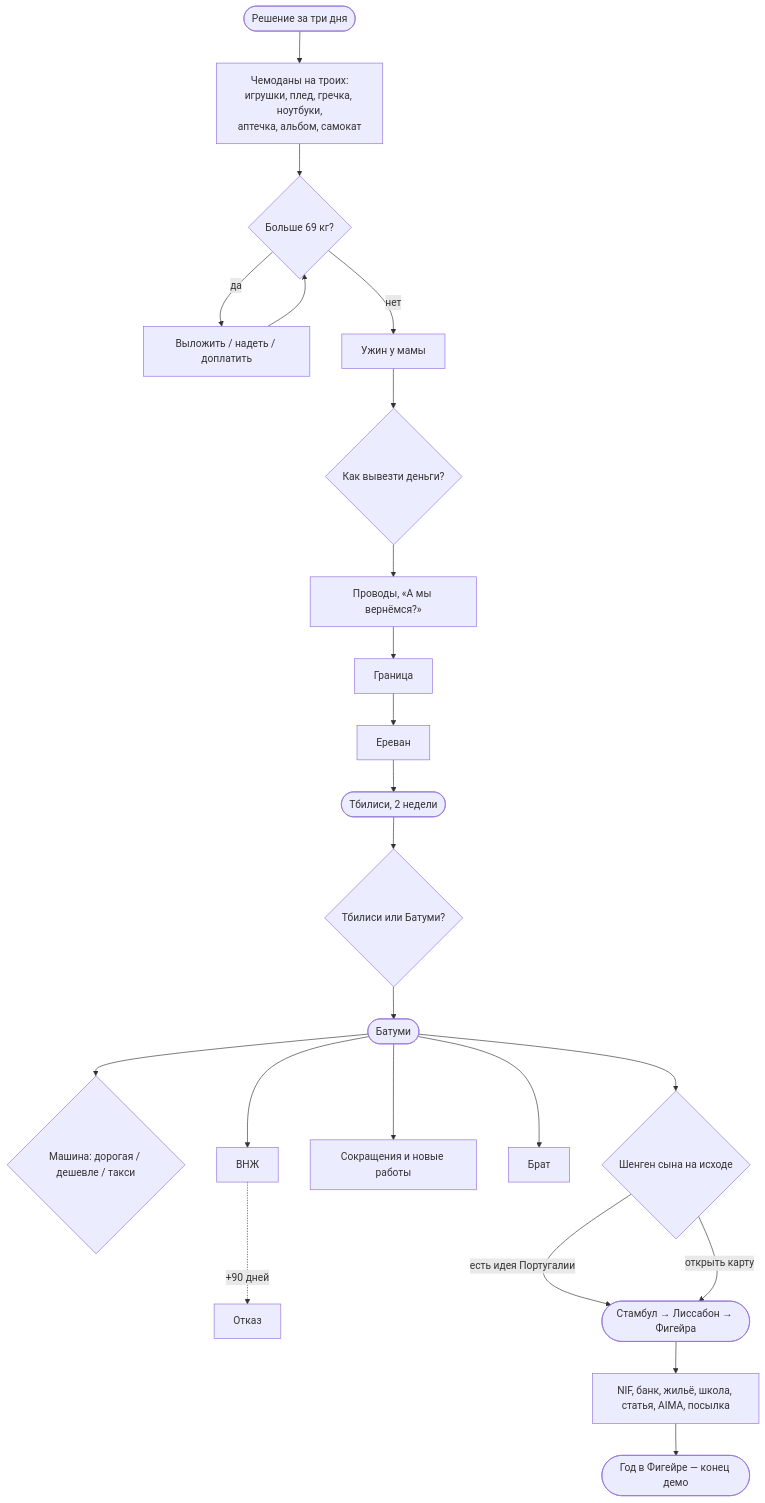
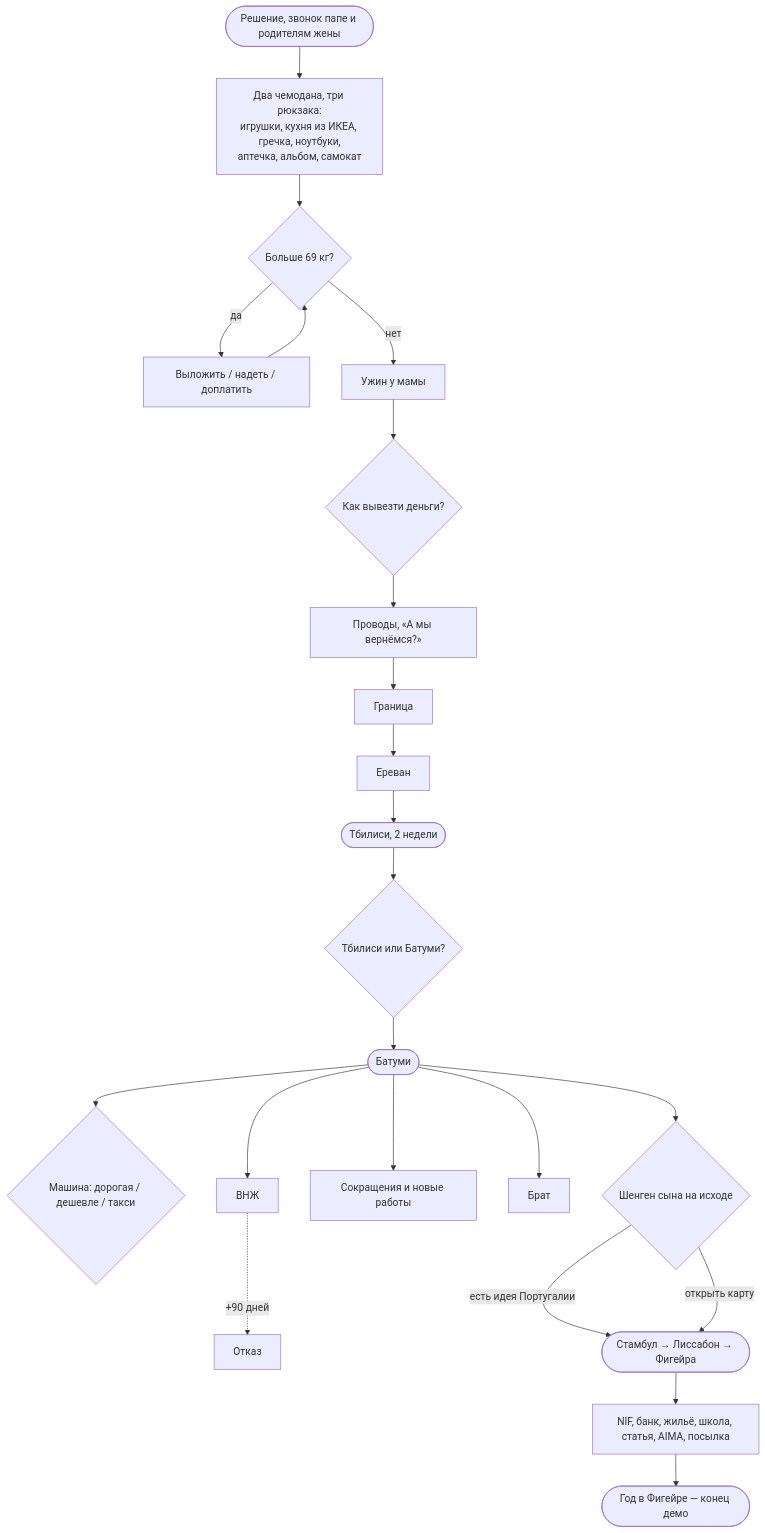
The second of 3 diagrams in docs/tree.md (Lahmatov/sad-migrants-game), drawn with Mermaid before and after one commit. The commit also changed other lines of this file and 16 other files, not shown here.

First line of the commit message:
Начало по реальной истории: звонок папе, Старая Русса, ночной вылет

````diff
--- a/docs/tree.md
+++ b/docs/tree.md
@@ -98,19 +98,19 @@
 ```mermaid
 flowchart TD
-    intro([Решение за три дня]) --> pack[Чемоданы на троих:<br/>игрушки, плед, гречка, ноутбуки,<br/>аптечка, альбом, самокат]
+    intro([Решение, звонок папе и родителям жены]) --> pack[Два чемодана, три рюкзака:<br/>игрушки, кухня из ИКЕА, гречка, ноутбуки,<br/>аптечка, альбом, самокат]
     pack --> scales{Больше 69 кг?}
     scales -->|да| drop[Выложить / надеть / доплатить] --> scales
     scales -->|нет| dinner[Ужин у мамы]
     dinner --> money{Как вывезти деньги?}
     money --> dep[Проводы, «А мы вернёмся?»] --> border[Граница] --> evn[Ереван] --> tbs([Тбилиси, 2 недели])
     tbs --> where{Тбилиси или Батуми?} --> bat([Батуми])
     bat --> car{Машина: дорогая / дешевле / такси}
     bat --> vnzh[ВНЖ] -.+90 дней.-> refused[Отказ]
     bat --> layoffs[Сокращения и новые работы]
     bat --> brother[Брат]
     bat --> schengen{Шенген сына на исходе}
     schengen -->|есть идея Португалии| pt([Стамбул → Лиссабон → Фигейра])
     schengen -->|открыть карту| pt
     pt --> fig[NIF, банк, жильё, школа, статья, AIMA, посылка]
     fig --> demo([Год в Фигейре — конец демо])
 ```
````
